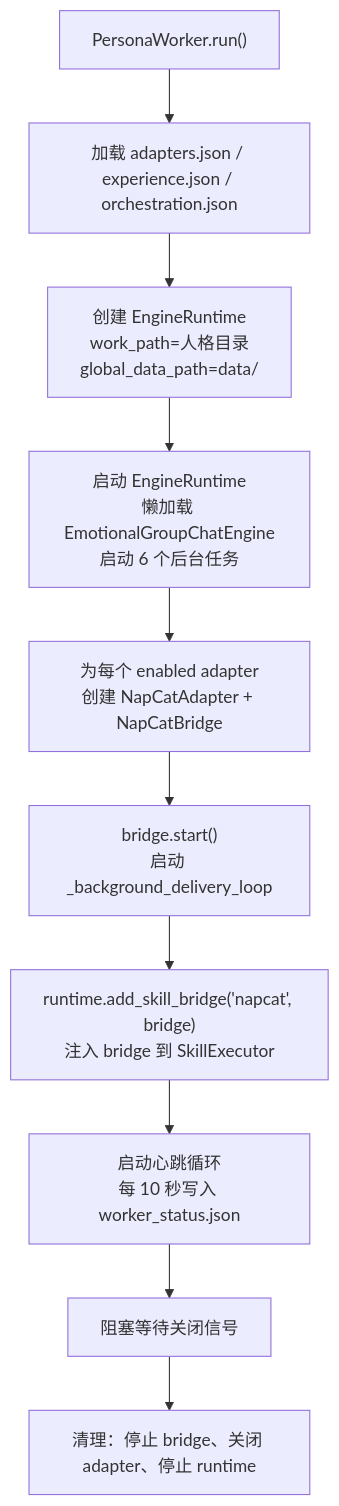
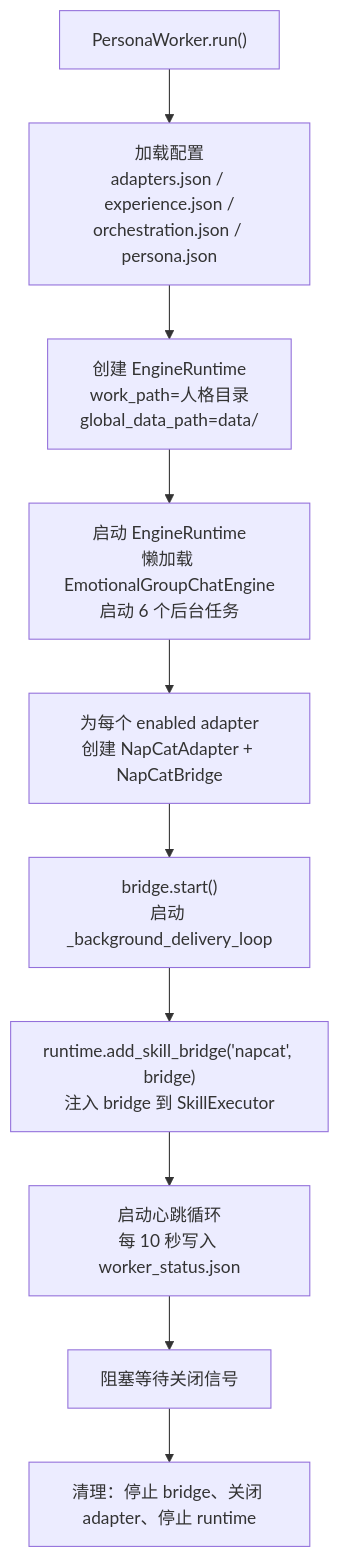
Before and after one commit to Sparrived/SiriusChat: the third of 11 diagrams in docs/full-architecture-flow.md, drawn with Mermaid. The commit also changed other lines of this file and 20 other files, not shown here.

````diff
--- a/docs/full-architecture-flow.md
+++ b/docs/full-architecture-flow.md
@@ -108,12 +120,12 @@
 ```mermaid
 flowchart TD
-    A["PersonaWorker.run()"] --> B["加载 adapters.json / experience.json / orchestration.json"]
-    B --> C["创建 EngineRuntime\nwork_path=人格目录\nglobal_data_path=data/"]
-    C --> D["启动 EngineRuntime\n懒加载 EmotionalGroupChatEngine\n启动 6 个后台任务"]
-    D --> E["为每个 enabled adapter\n创建 NapCatAdapter + NapCatBridge"]
-    E --> F["bridge.start()\n启动 _background_delivery_loop"]
-    F --> G["runtime.add_skill_bridge('napcat', bridge)\n注入 bridge 到 SkillExecutor"]
-    G --> H["启动心跳循环\n每 10 秒写入 worker_status.json"]
+    A["PersonaWorker.run()"] --> B["加载配置<br/>adapters.json / experience.json /<br/>orchestration.json / persona.json"]
+    B --> C["创建 EngineRuntime<br/>work_path=人格目录<br/>global_data_path=data/"]
+    C --> D["启动 EngineRuntime<br/>懒加载 EmotionalGroupChatEngine<br/>启动 6 个后台任务"]
+    D --> E["为每个 enabled adapter<br/>创建 NapCatAdapter + NapCatBridge"]
+    E --> F["bridge.start()<br/>启动 _background_delivery_loop"]
+    F --> G["runtime.add_skill_bridge('napcat', bridge)<br/>注入 bridge 到 SkillExecutor"]
+    G --> H["启动心跳循环<br/>每 10 秒写入 worker_status.json"]
     H --> I["阻塞等待关闭信号"]
     I --> J["清理：停止 bridge、关闭 adapter、停止 runtime"]
 ```
````
